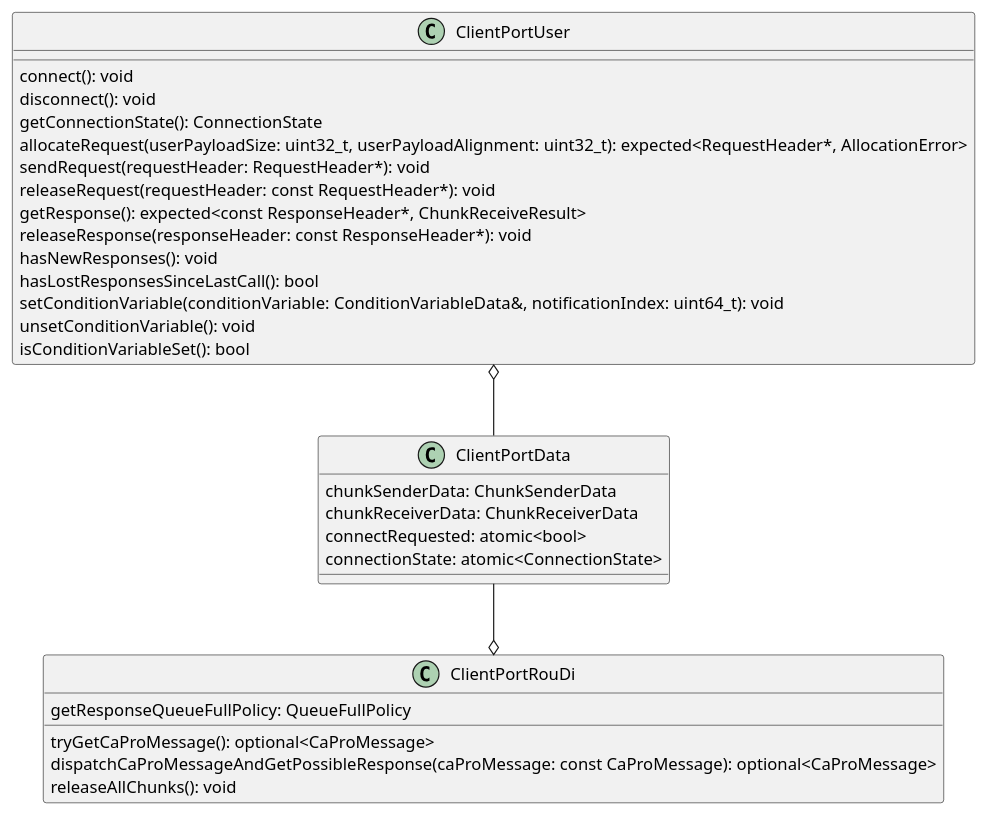
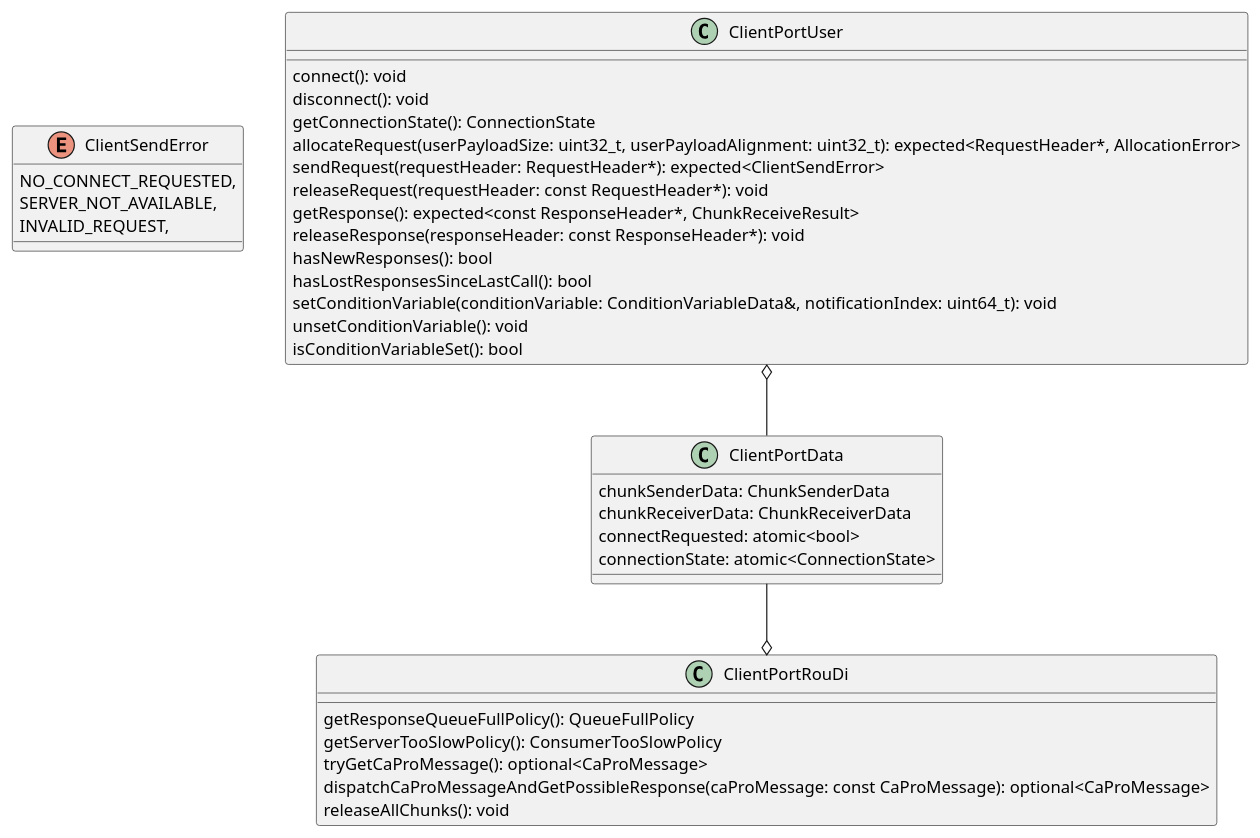
The diagram in doc/design/diagrams/request_response/client_port.puml (eclipse-iceoryx/iceoryx), drawn with PlantUML before and after one commit. The commit also changed 4 other files, not shown here.

Commit message:
iox-#743 Adjust plant uml diagrams

```diff
--- a/doc/design/diagrams/request_response/client_port.puml
+++ b/doc/design/diagrams/request_response/client_port.puml
@@ -1,36 +1,43 @@
 @startuml
+
+enum ClientSendError {
+  NO_CONNECT_REQUESTED,
+  SERVER_NOT_AVAILABLE,
+  INVALID_REQUEST,
+}
 
 class ClientPortData {
   chunkSenderData: ChunkSenderData
   chunkReceiverData: ChunkReceiverData
   connectRequested: atomic<bool>
   connectionState: atomic<ConnectionState>
 }
 
 class ClientPortUser {
   connect(): void
   disconnect(): void
   getConnectionState(): ConnectionState
   allocateRequest(userPayloadSize: uint32_t, userPayloadAlignment: uint32_t): expected<RequestHeader*, AllocationError>
-  sendRequest(requestHeader: RequestHeader*): void
+  sendRequest(requestHeader: RequestHeader*): expected<ClientSendError>
   releaseRequest(requestHeader: const RequestHeader*): void
   getResponse(): expected<const ResponseHeader*, ChunkReceiveResult>
   releaseResponse(responseHeader: const ResponseHeader*): void
-  hasNewResponses(): void
+  hasNewResponses(): bool
   hasLostResponsesSinceLastCall(): bool
   setConditionVariable(conditionVariable: ConditionVariableData&, notificationIndex: uint64_t): void
   unsetConditionVariable(): void
   isConditionVariableSet(): bool
 }
 
 class ClientPortRouDi {
-  getResponseQueueFullPolicy: QueueFullPolicy
+  getResponseQueueFullPolicy(): QueueFullPolicy
+  getServerTooSlowPolicy(): ConsumerTooSlowPolicy
   tryGetCaProMessage(): optional<CaProMessage>
   dispatchCaProMessageAndGetPossibleResponse(caProMessage: const CaProMessage): optional<CaProMessage>
   releaseAllChunks(): void
 }
 
 ClientPortUser o-- ClientPortData
 ClientPortData --o ClientPortRouDi
 
 @enduml
```
